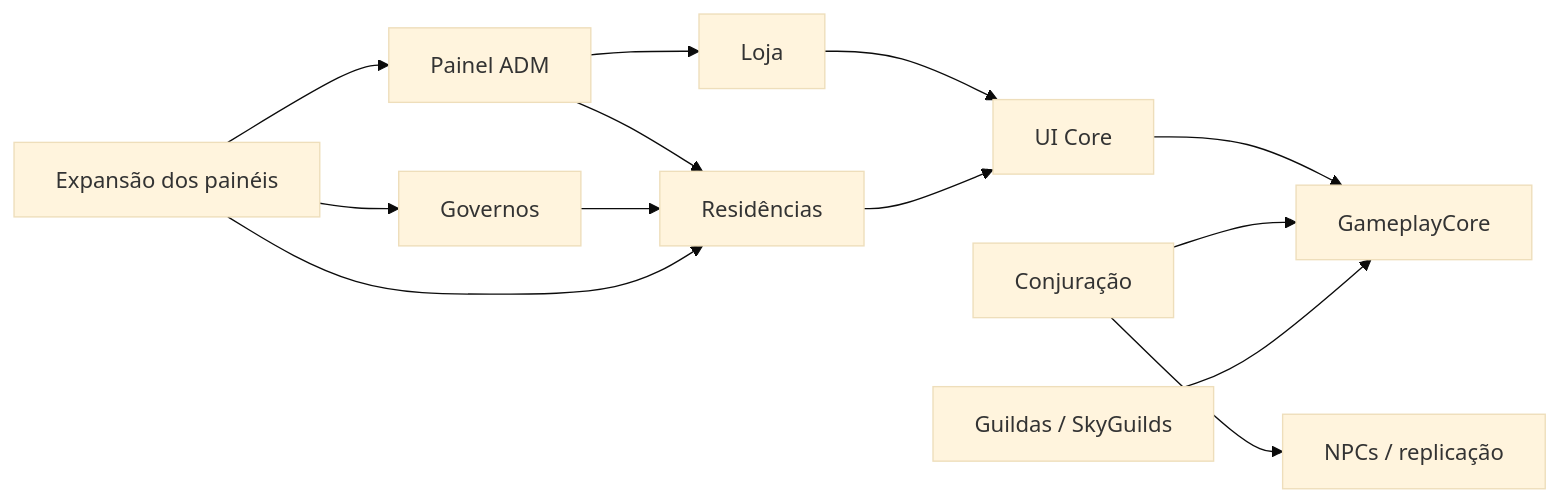
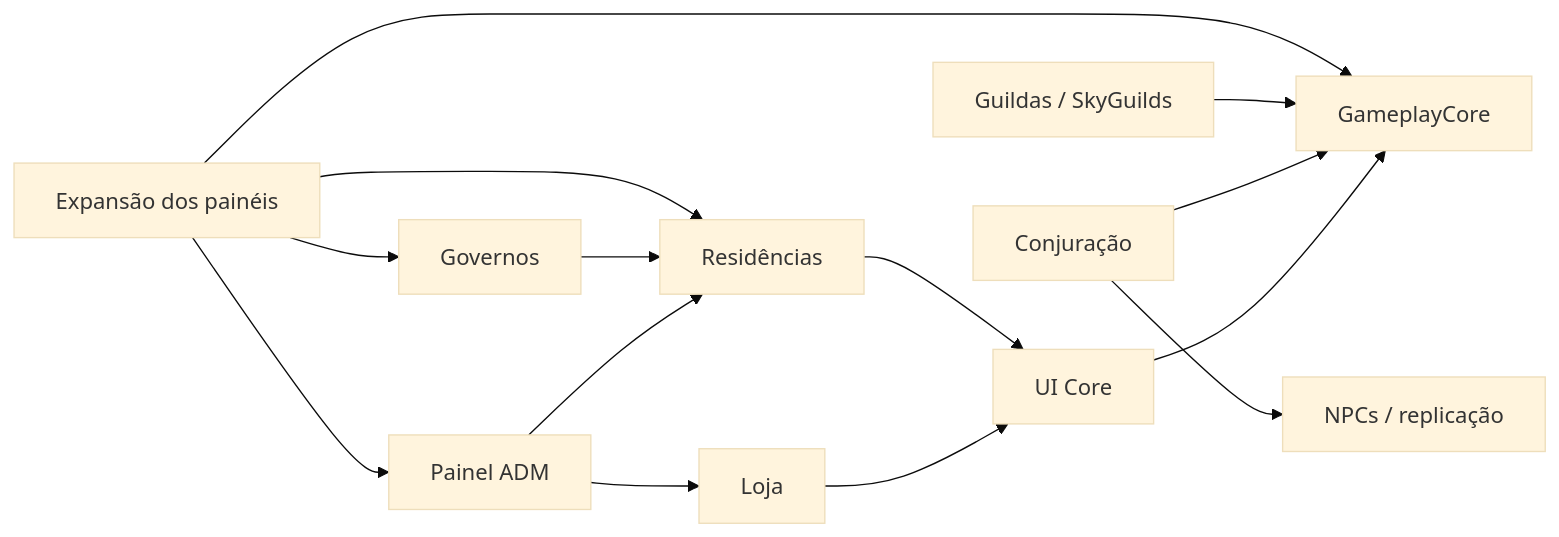
Before and after one commit to pablo-rodrigues1/AETHERIUS-ACERVO-DE-INFORMACOES: the diagram in 02-sistemas/README.md, drawn with Mermaid (base theme). The commit also changed other lines of this file and 17 other files, not shown here.

````diff
--- a/02-sistemas/README.md
+++ b/02-sistemas/README.md
@@ -39,15 +40,16 @@
 ```mermaid
 flowchart LR
   ui-core[UI Core] --> gameplay-core[GameplayCore]
   conjuracao[Conjuração] --> gameplay-core
   conjuracao --> npcs[NPCs / replicação]
   loja[Loja] --> ui-core
   residencias[Residências] --> ui-core
   painel[Painel ADM] --> loja
   painel --> residencias
   governos[Governos] --> residencias
   expansao[Expansão dos painéis] --> governos
   guildas[Guildas / SkyGuilds] --> gameplay-core
   expansao --> painel
   expansao --> residencias
+  expansao --> gameplay-core
 ```
````
